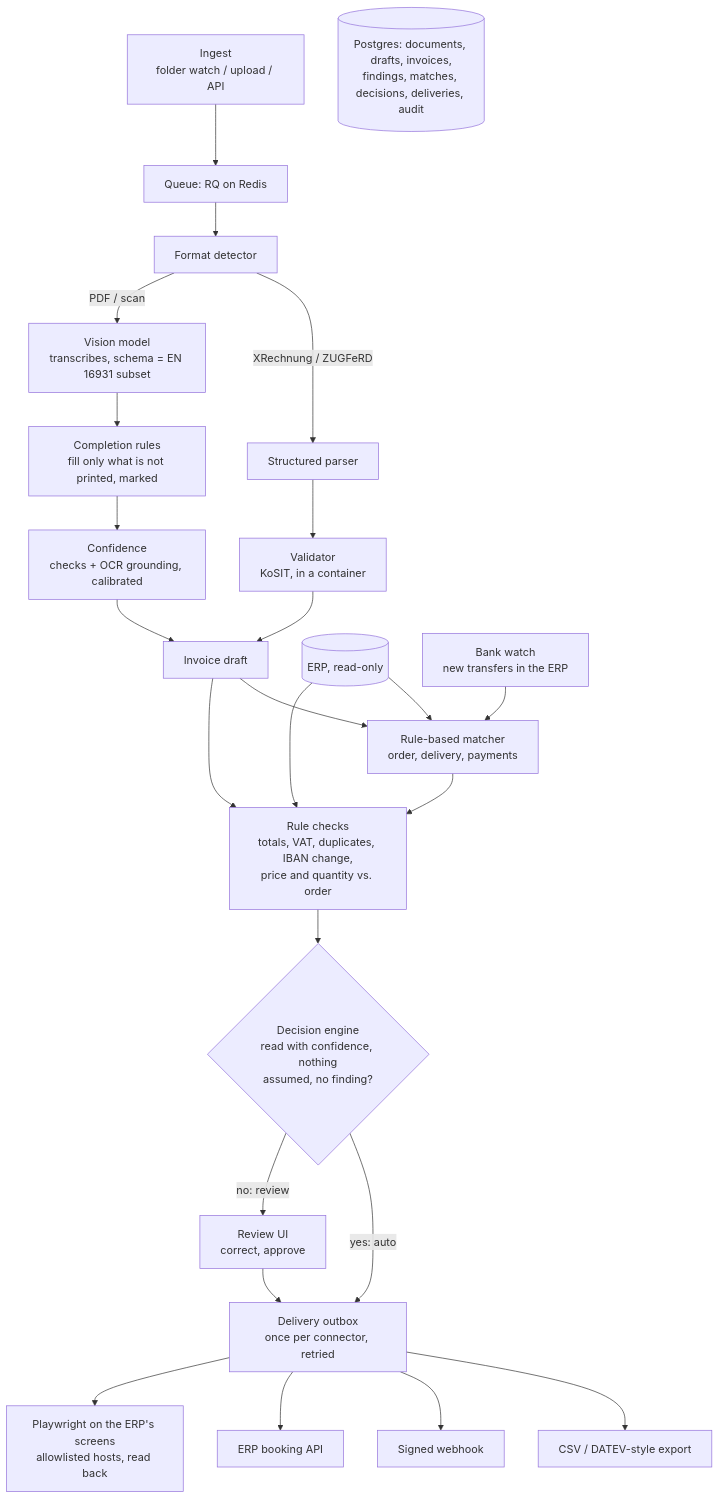
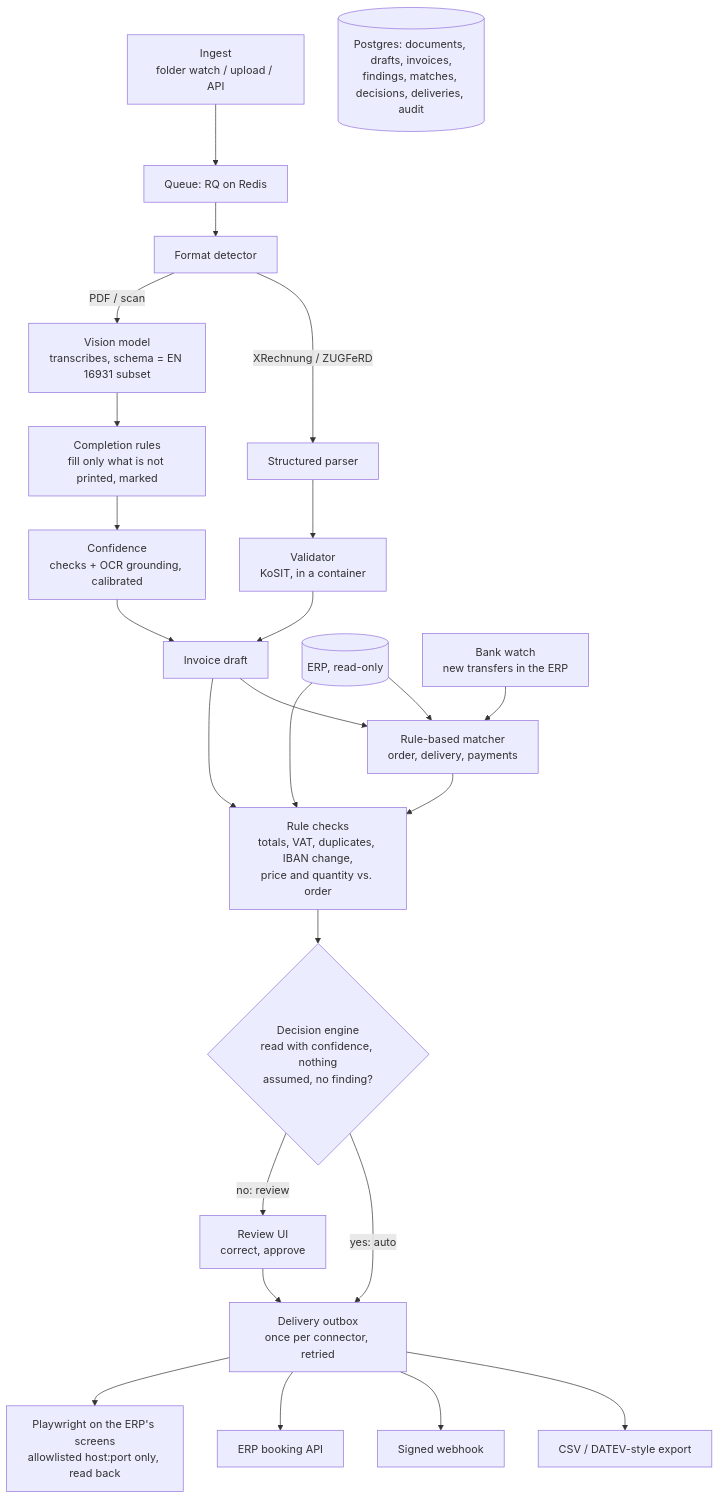
One commit to DyanGao/einvoice-agent changed the diagram in ARCHITECTURE.md. Above: the diagram before and after it, drawn with Mermaid. The commit also changed other lines of this file and 4 other files, not shown here.

First line of the commit message:
Check the port as well as the host in the browser allowlist (#33)

````diff
--- a/ARCHITECTURE.md
+++ b/ARCHITECTURE.md
@@ -10,26 +10,26 @@
 ```mermaid
 flowchart TD
   IN[Ingest<br/>folder watch / upload / API] --> Q[Queue: RQ on Redis] --> DET[Format detector]
   DET -->|XRechnung / ZUGFeRD| SP[Structured parser]
   SP --> VAL[Validator<br/>KoSIT, in a container]
   DET -->|PDF / scan| EX[Vision model<br/>transcribes, schema = EN 16931 subset]
   EX --> CR[Completion rules<br/>fill only what is not printed, marked]
   CR --> CONF[Confidence<br/>checks + OCR grounding, calibrated]
   VAL --> NORM[Invoice draft]
   CONF --> NORM
   NORM --> MA[Rule-based matcher<br/>order, delivery, payments]
   ERP[(ERP, read-only)] --> MA
   ERP --> CHK
   NORM --> CHK[Rule checks<br/>totals, VAT, duplicates, IBAN change,<br/>price and quantity vs. order]
   MA --> CHK
   CHK --> DEC{Decision engine<br/>read with confidence, nothing<br/>assumed, no finding?}
   DEC -->|yes: auto| OUT[Delivery outbox<br/>once per connector, retried]
   DEC -->|no: review| HR[Review UI<br/>correct, approve]
   HR --> OUT
   BANK[Bank watch<br/>new transfers in the ERP] --> MA
   OUT --> E1[CSV / DATEV-style export]
   OUT --> E2[Signed webhook]
   OUT --> E3[ERP booking API]
-  OUT --> E4[Playwright on the ERP's screens<br/>allowlisted hosts, read back]
+  OUT --> E4[Playwright on the ERP's screens<br/>allowlisted host:port only, read back]
   ALL[(Postgres: documents, drafts, invoices,<br/>findings, matches, decisions, deliveries, audit)]
 ```
````
